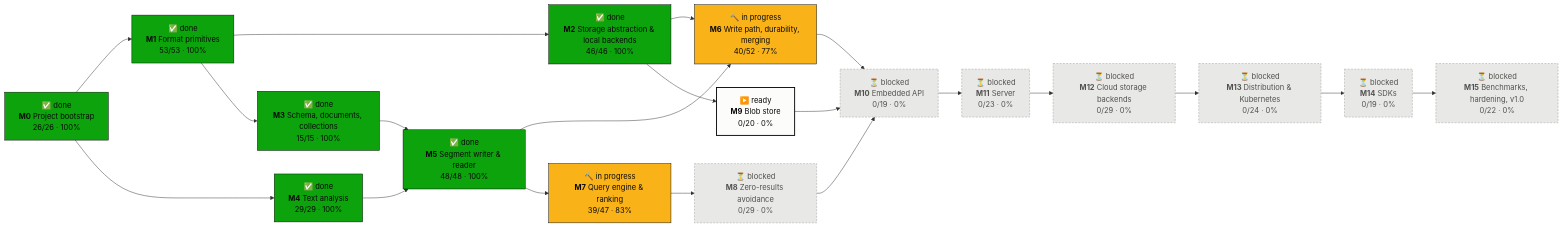
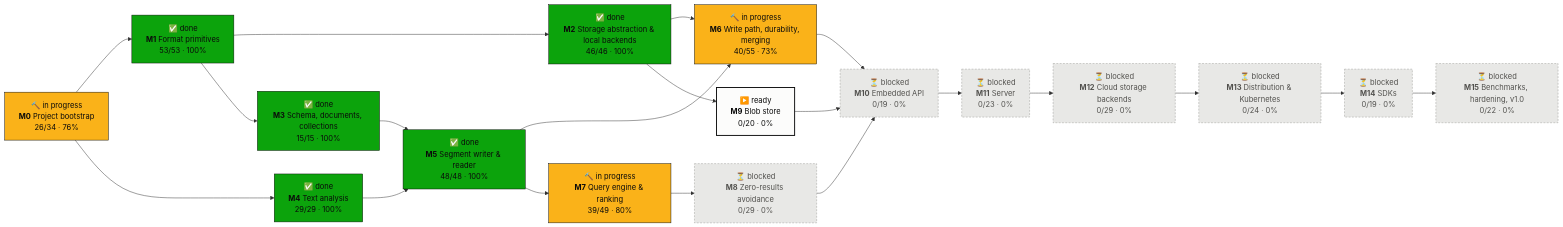
Before and after one commit to tomiok/persiaDB: the first of 2 diagrams in PROGRESS.md, drawn with Mermaid. The commit also changed other lines of this file and 8 other files, not shown here.

First line of the commit message:
docs: README status generated from PROGRESS.md, quickstart that searches (ROADMAP 0.6.1, 0.6.2, 6.5.10)

````diff
--- a/PROGRESS.md
+++ b/PROGRESS.md
@@ -16,42 +16,42 @@
 ```mermaid
 flowchart LR
-  M0["✅ done<br/><b>M0</b> Project bootstrap<br/>26/26 · 100%"]:::done
+  M0["🔨 in progress<br/><b>M0</b> Project bootstrap<br/>26/34 · 76%"]:::doing
   M1["✅ done<br/><b>M1</b> Format primitives<br/>53/53 · 100%"]:::done
   M2["✅ done<br/><b>M2</b> Storage abstraction & local backends<br/>46/46 · 100%"]:::done
   M3["✅ done<br/><b>M3</b> Schema, documents, collections<br/>15/15 · 100%"]:::done
   M4["✅ done<br/><b>M4</b> Text analysis<br/>29/29 · 100%"]:::done
   M5["✅ done<br/><b>M5</b> Segment writer & reader<br/>48/48 · 100%"]:::done
-  M6["🔨 in progress<br/><b>M6</b> Write path, durability, merging<br/>40/52 · 77%"]:::doing
-  M7["🔨 in progress<br/><b>M7</b> Query engine & ranking<br/>39/47 · 83%"]:::doing
+  M6["🔨 in progress<br/><b>M6</b> Write path, durability, merging<br/>40/55 · 73%"]:::doing
+  M7["🔨 in progress<br/><b>M7</b> Query engine & ranking<br/>39/49 · 80%"]:::doing
   M8["⏳ blocked<br/><b>M8</b> Zero-results avoidance<br/>0/29 · 0%"]:::blocked
   M9["▶️ ready<br/><b>M9</b> Blob store<br/>0/20 · 0%"]:::ready
   M10["⏳ blocked<br/><b>M10</b> Embedded API<br/>0/19 · 0%"]:::blocked
   M11["⏳ blocked<br/><b>M11</b> Server<br/>0/23 · 0%"]:::blocked
   M12["⏳ blocked<br/><b>M12</b> Cloud storage backends<br/>0/29 · 0%"]:::blocked
   M13["⏳ blocked<br/><b>M13</b> Distribution & Kubernetes<br/>0/24 · 0%"]:::blocked
   M14["⏳ blocked<br/><b>M14</b> SDKs<br/>0/19 · 0%"]:::blocked
   M15["⏳ blocked<br/><b>M15</b> Benchmarks, hardening, v1.0<br/>0/22 · 0%"]:::blocked
   M0 --> M1
   M1 --> M2
   M1 --> M3
   M0 --> M4
   M3 --> M5
   M4 --> M5
   M2 --> M6
   M5 --> M6
   M5 --> M7
   M7 --> M8
   M2 --> M9
   M6 --> M10
   M8 --> M10
   M9 --> M10
   M10 --> M11
   M11 --> M12
   M12 --> M13
   M13 --> M14
   M14 --> M15
   classDef done fill:#0ca30c,stroke:#0b0b0b,color:#0b0b0b
   classDef doing fill:#fab219,stroke:#0b0b0b,color:#0b0b0b
   classDef ready fill:#fcfcfb,stroke:#0b0b0b,stroke-width:2px,color:#0b0b0b
   classDef blocked fill:#e8e8e6,stroke:#9a9a96,stroke-dasharray:4 3,color:#52514e
 ```
````
